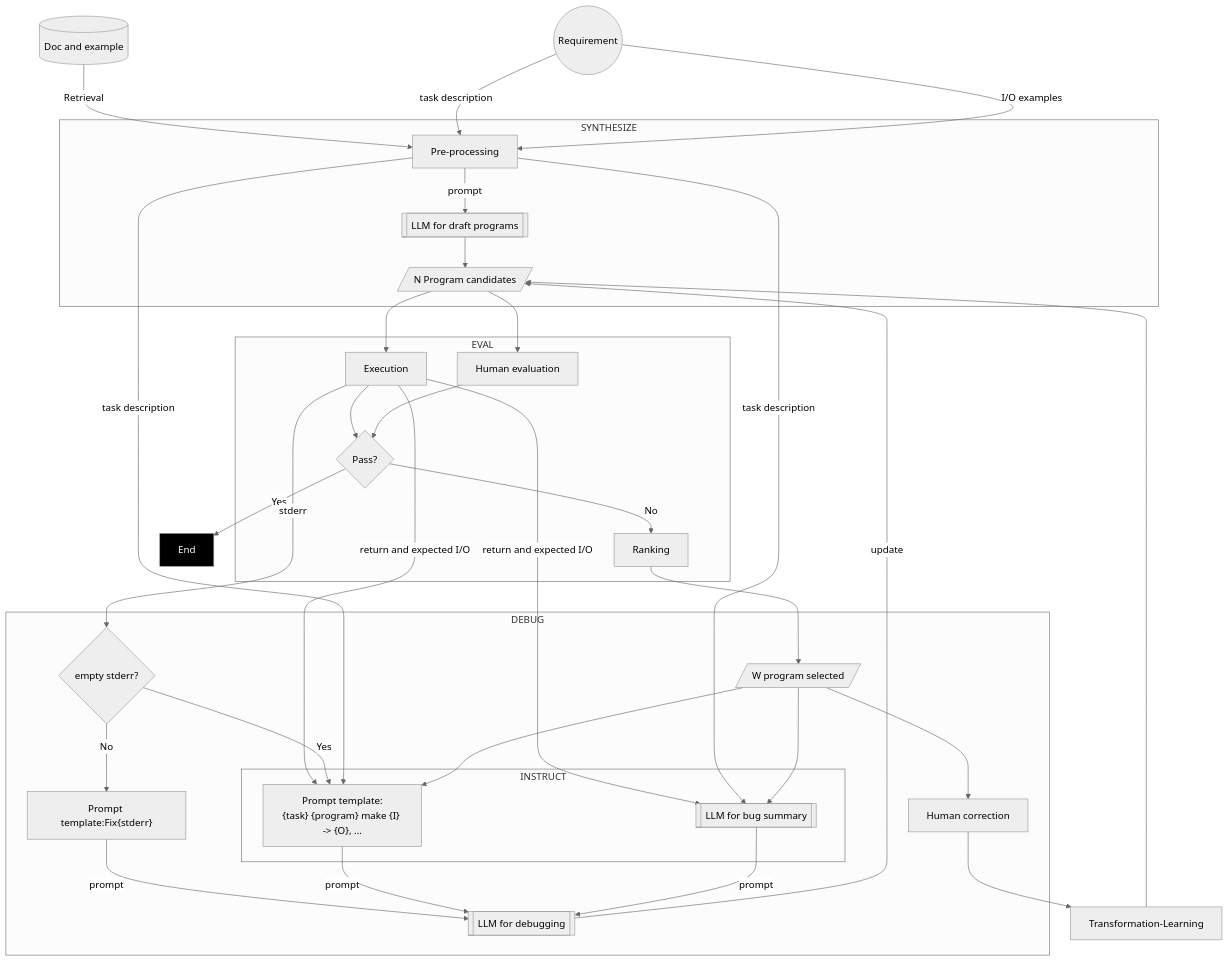
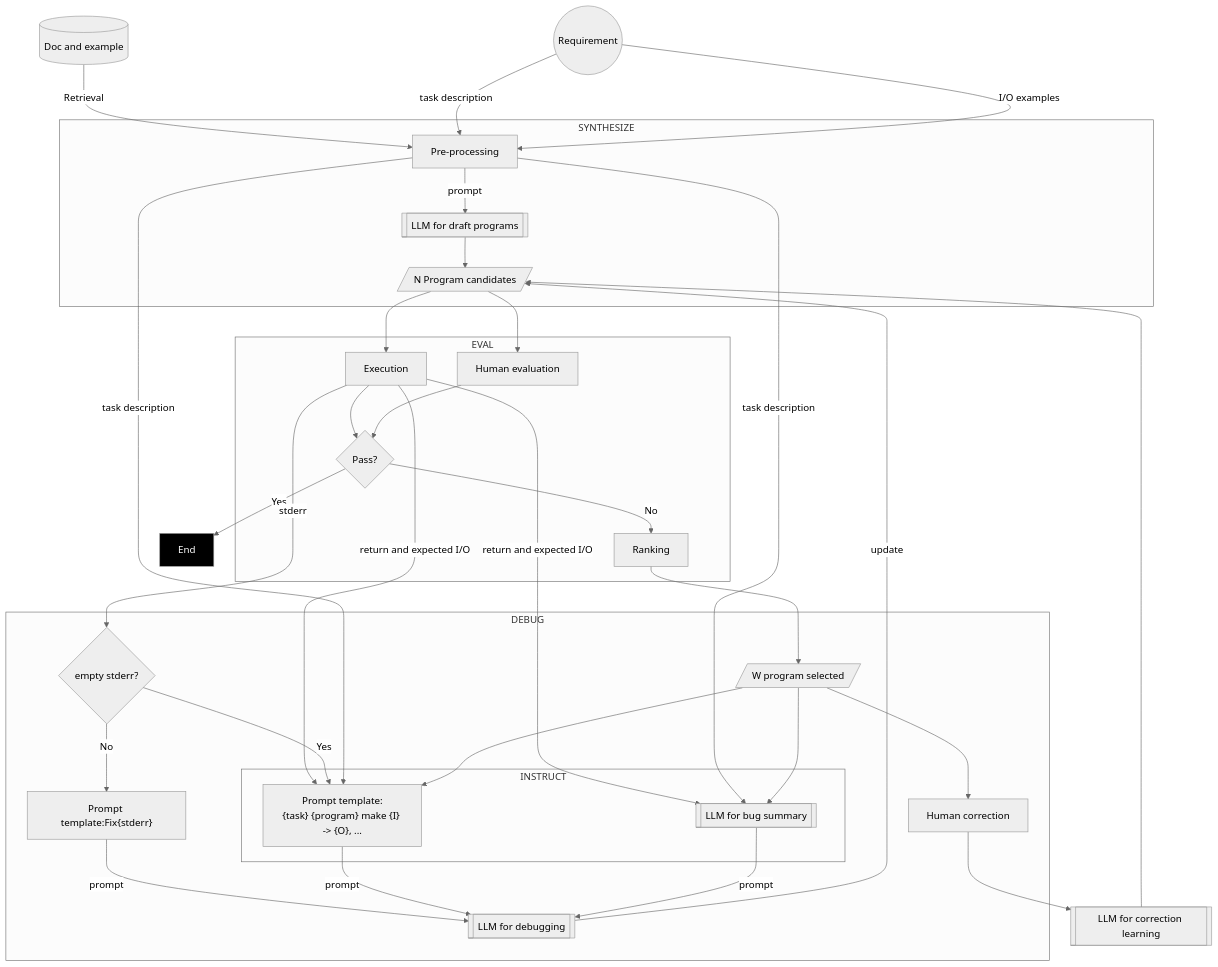
One commit to AI-LLM/ai-llm.github.io changed the second of 2 diagrams in Code-Generation.md. Above: the diagram before and after it, drawn with Mermaid (neutral theme).

````diff
--- a/Code-Generation.md
+++ b/Code-Generation.md
@@ -59,42 +59,42 @@
 ```mermaid
 graph TD;
 classDef INV fill:black,color:white;
 doc[(Doc and example)] -- Retrieval --> Pre-processing
 S((Requirement)) -- task description --> Pre-processing
 S -- I/O examples --> Pre-processing
 subgraph SYNTHESIZE
 Pre-processing -- prompt --> LLMsynth[[LLM for draft programs]]
 LLMsynth --> PN[/N Program candidates/]
 end
 PN --> Execution
 PN --> Evaluation[Human evaluation]
 subgraph EVAL
 Execution --> Suc{Pass?} -- No -->Ranking
 Evaluation --> Suc
 end
 Suc -- Yes --> End
 class End INV;
 Ranking --> PS[/W program selected/]
 subgraph DEBUG
 Execution -- stderr --> noerr{empty stderr?}
 noerr -- No --> PT1["Prompt template:Fix{stderr}"] 
 PT1 -- prompt --> LLMdebug
 subgraph INSTRUCT
 PT2["Prompt template:\n{task} {program} make {I} -> {O}, ..."]
 LLMsum[[LLM for bug summary]]
 end
 Execution -- return and expected I/O --> PT2
 Execution -- return and expected I/O --> LLMsum
 noerr -- Yes --> PT2
 Pre-processing -- task description --> PT2
 Pre-processing -- task description --> LLMsum
 PS --> PT2
 PS --> LLMsum
 PT2 -- prompt --> LLMdebug[[LLM for debugging]]
 LLMsum -- prompt --> LLMdebug
 PS --> Correction[Human correction]
 end
 LLMdebug -- update --> PN
-Correction --> Transformation-Learning
-Transformation-Learning --> PN
+Correction --> LLMcorrect[[LLM for correction learning]]
+LLMcorrect --> PN
 ```
````
